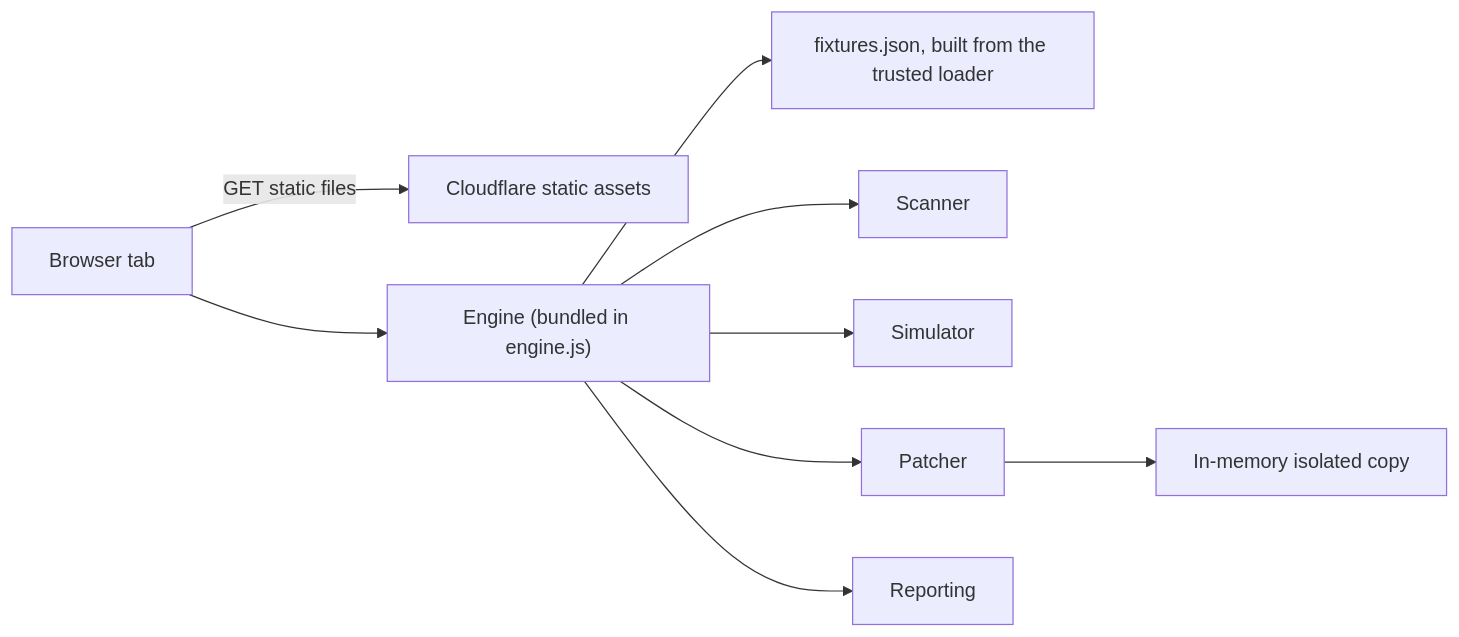
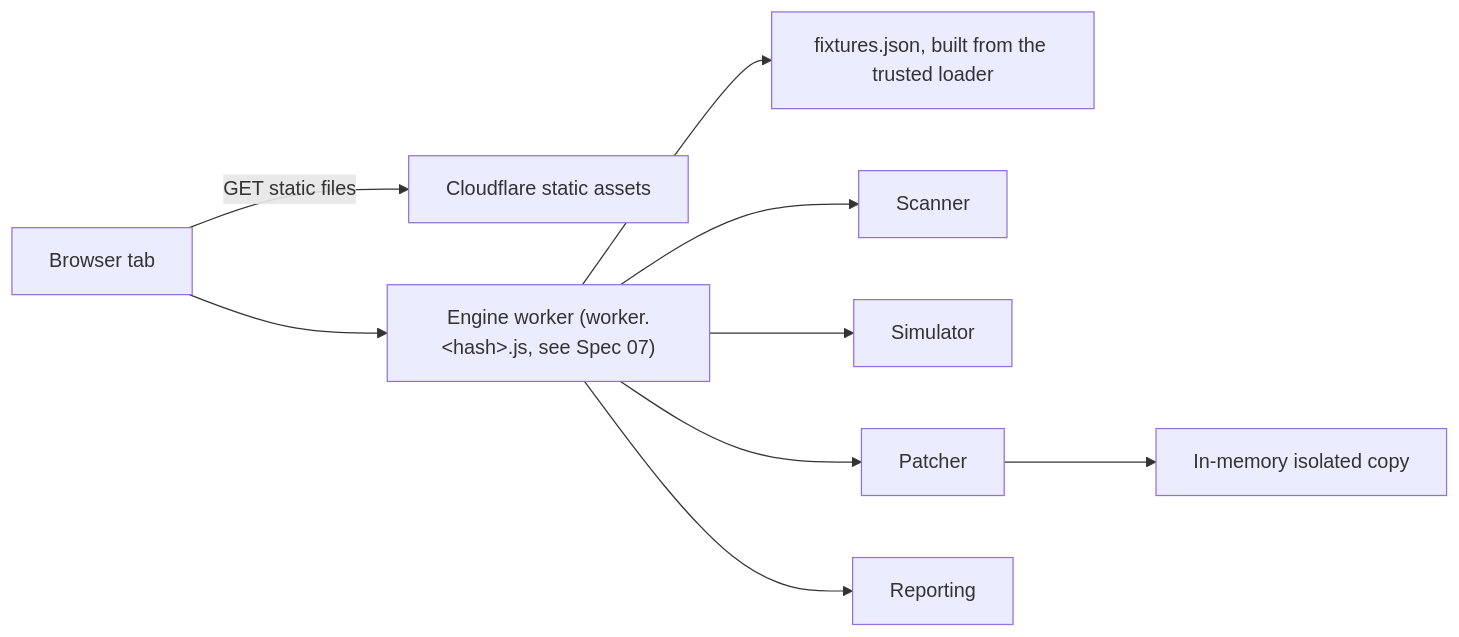
One commit to antonahmad-s/GraveScan changed the diagram in .kiro/specs/05-product-ui-demo-flow/design.md. Above: the diagram before and after it, drawn with Mermaid. The commit also changed other lines of this file and 12 other files, not shown here.

````diff
--- a/.kiro/specs/05-product-ui-demo-flow/design.md
+++ b/.kiro/specs/05-product-ui-demo-flow/design.md
@@ -15,11 +15,11 @@
 ```mermaid
 flowchart LR
   B[Browser tab] -->|GET static files| CF[Cloudflare static assets]
-  B --> E["Engine (bundled in engine.js)"]
+  B --> E["Engine worker (worker.&lt;hash&gt;.js, see Spec 07)"]
   E --> F["fixtures.json, built from the trusted loader"]
   E --> S[Scanner]
   E --> R[Simulator]
   E --> P[Patcher]
   E --> X[Reporting]
   P --> C[In-memory isolated copy]
 ```
````
